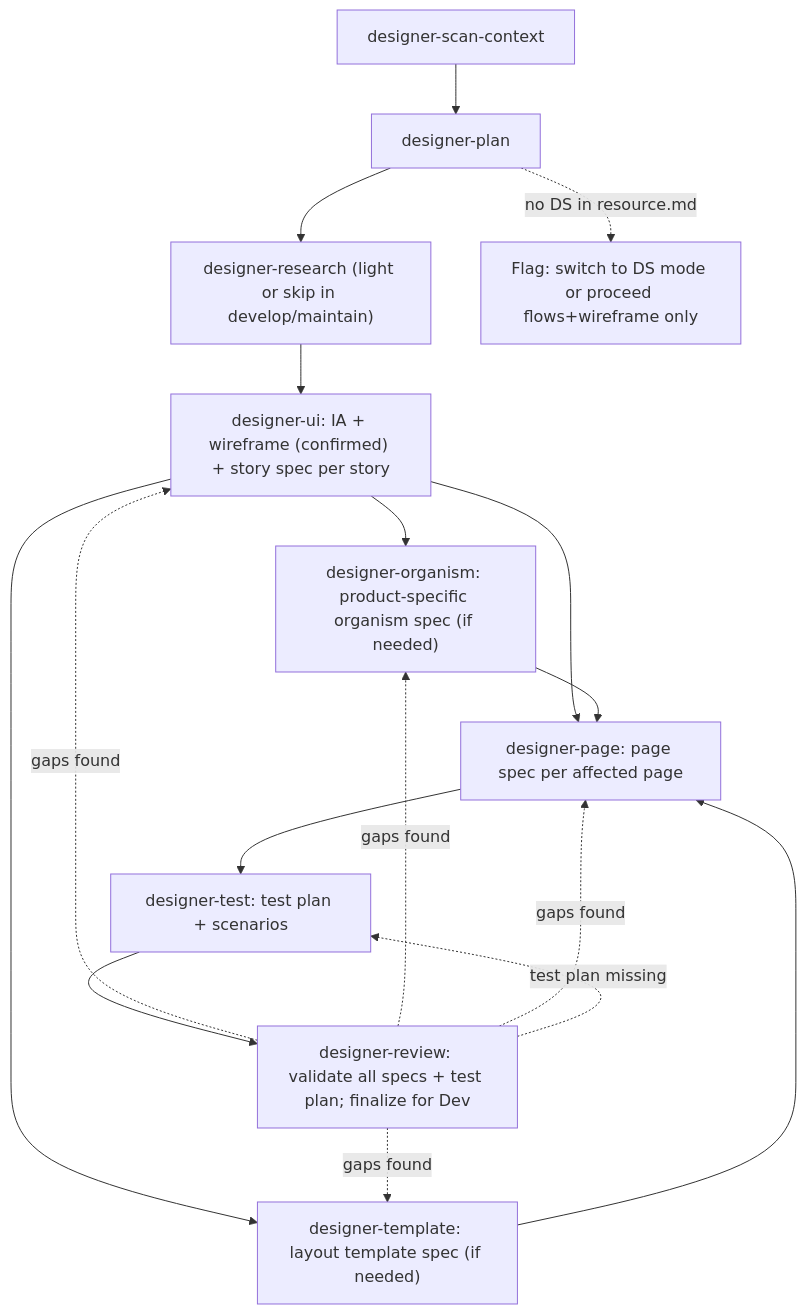
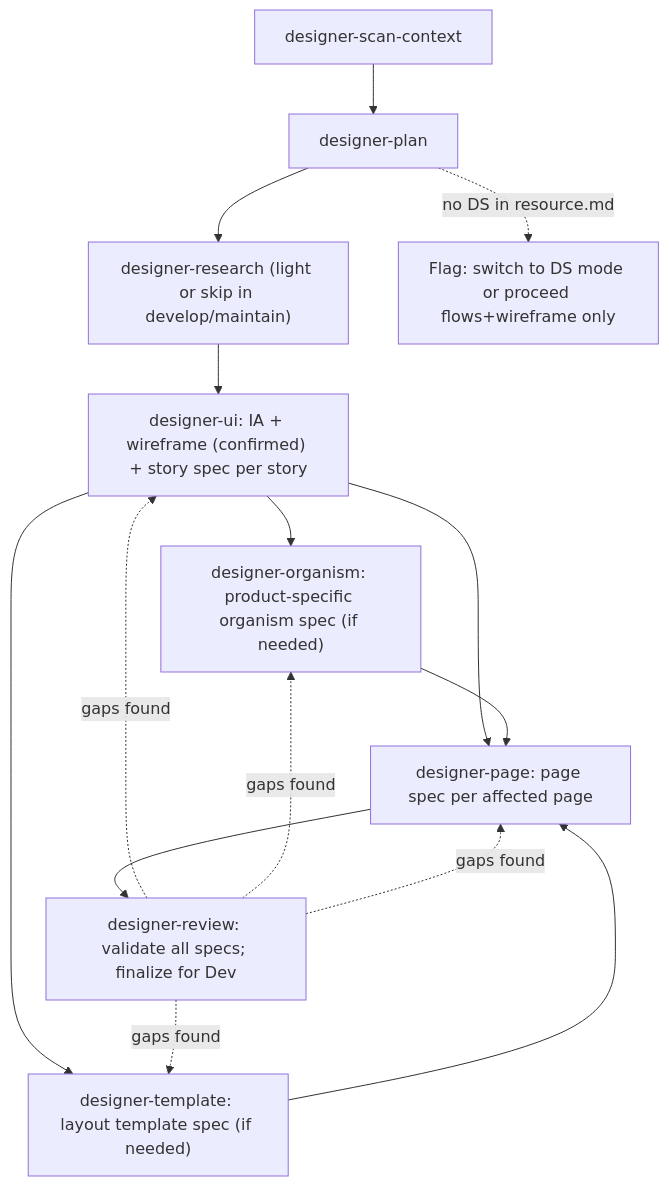
One commit to hoang-transperfect/role-based-agents changed the first of 2 diagrams in assistants/designer-assistant/designer-assistant.md. Above: the diagram before and after it, drawn with Mermaid. The commit also changed other lines of this file and 6 other files, not shown here.

````diff
--- a/assistants/designer-assistant/designer-assistant.md
+++ b/assistants/designer-assistant/designer-assistant.md
@@ -84,19 +84,17 @@
 ```mermaid
 flowchart TD
     SC["designer-scan-context"] --> PL["designer-plan"]
     PL --> RE["designer-research (light or skip in develop/maintain)"]
     RE --> UI["designer-ui: IA + wireframe (confirmed) + story spec per story"]
     UI --> OR["designer-organism: product-specific organism spec (if needed)"]
     UI --> TM["designer-template: layout template spec (if needed)"]
     UI --> PG["designer-page: page spec per affected page"]
     OR --> PG
     TM --> PG
-    PG --> TS["designer-test: test plan + scenarios"]
-    TS --> RV["designer-review: validate all specs + test plan; finalize for Dev"]
+    PG --> RV["designer-review: validate all specs; finalize for Dev"]
     PL -.->|no DS in resource.md| W["Flag: switch to DS mode or proceed flows+wireframe only"]
     RV -.->|gaps found| UI
     RV -.->|gaps found| OR
     RV -.->|gaps found| TM
     RV -.->|gaps found| PG
-    RV -.->|test plan missing| TS
 ```
````
